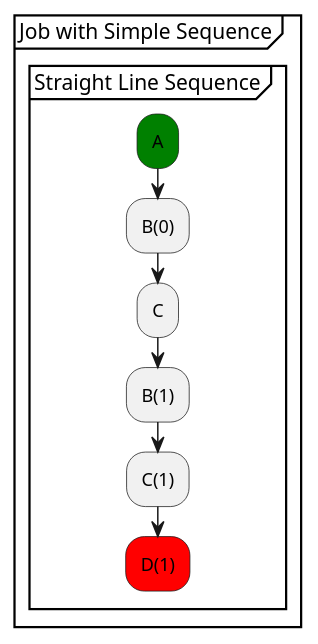
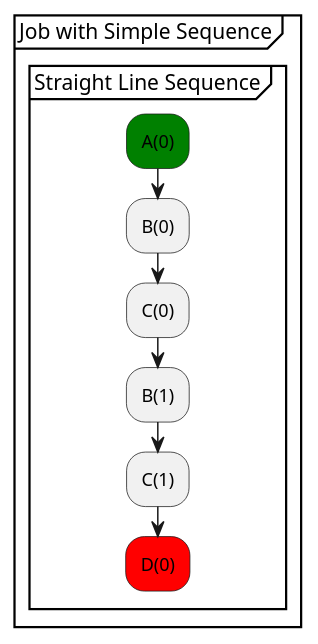
One commit to xtuml/munin changed the diagram in models/SequenceVerificationDataCentric/puml/Tutorial_9.puml. Above: the diagram before and after it, drawn with PlantUML. The commit also changed other lines of this file and 5 other files, not shown here.

```diff
--- a/models/SequenceVerificationDataCentric/puml/Tutorial_9.puml
+++ b/models/SequenceVerificationDataCentric/puml/Tutorial_9.puml
@@ -7,12 +7,12 @@
 @startuml 
 partition "Job with Simple Sequence" {
   group "Straight Line Sequence"
-      #green:A;
+      #green:A(0);
       :B(0);
-      :C;
+      :C(0);
       :B(1);
       :C(1);
-      #red:D(1);
+      #red:D(0);
   end group
 }
 @enduml
```
